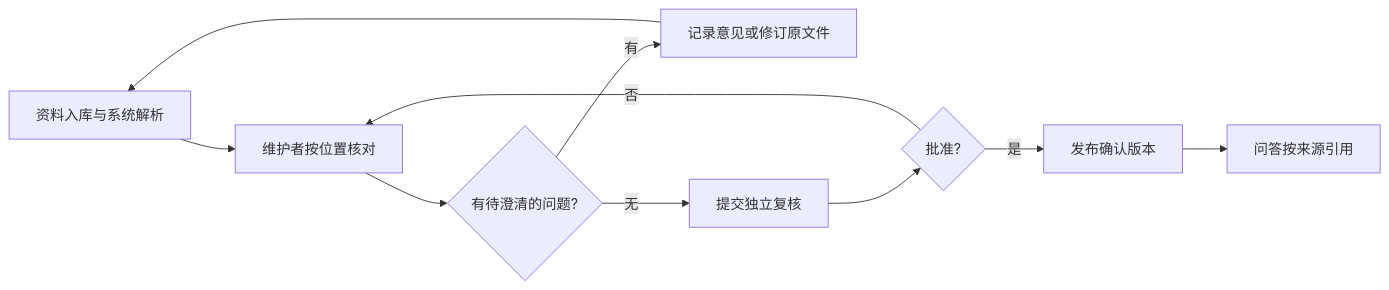
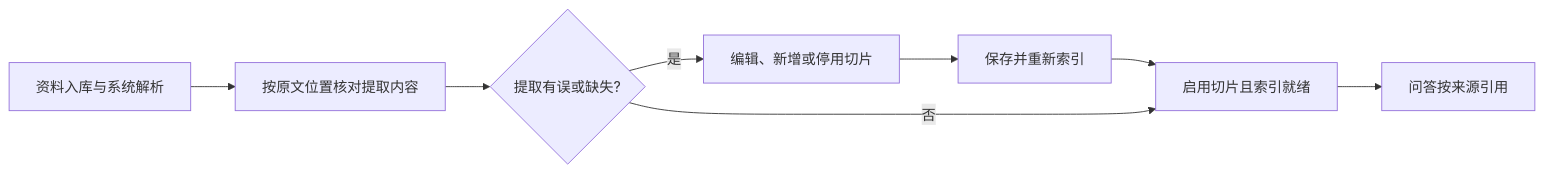
The diagram in docs/guides/2026-09-04-customer-prototype-demo-guide.md (patrickstarpty/tap), drawn with Mermaid before and after one commit. The commit also changed other lines of this file and 36 other files, not shown here.

First line of the commit message:
docs: recapture owl screenshots and fix knowledge graph layout

````diff
--- a/docs/guides/2026-09-04-customer-prototype-demo-guide.md
+++ b/docs/guides/2026-09-04-customer-prototype-demo-guide.md
@@ -92,12 +90,10 @@
 ```mermaid
 flowchart LR
-    A[资料入库与系统解析] --> B[维护者按位置核对]
-    B --> C{有待澄清的问题?}
-    C -- 有 --> D[记录意见或修订原文件]
-    D --> A
-    C -- 无 --> E[提交独立复核]
-    E --> F{批准?}
-    F -- 否 --> B
-    F -- 是 --> G[发布确认版本]
-    G --> H[问答按来源引用]
+    A[资料入库与系统解析] --> B[按原文位置核对提取内容]
+    B --> C{提取有误或缺失?}
+    C -- 是 --> D[编辑、新增或停用切片]
+    D --> E[保存并重新索引]
+    E --> F[启用切片且索引就绪]
+    C -- 否 --> F
+    F --> G[问答按来源引用]
 ```
````
